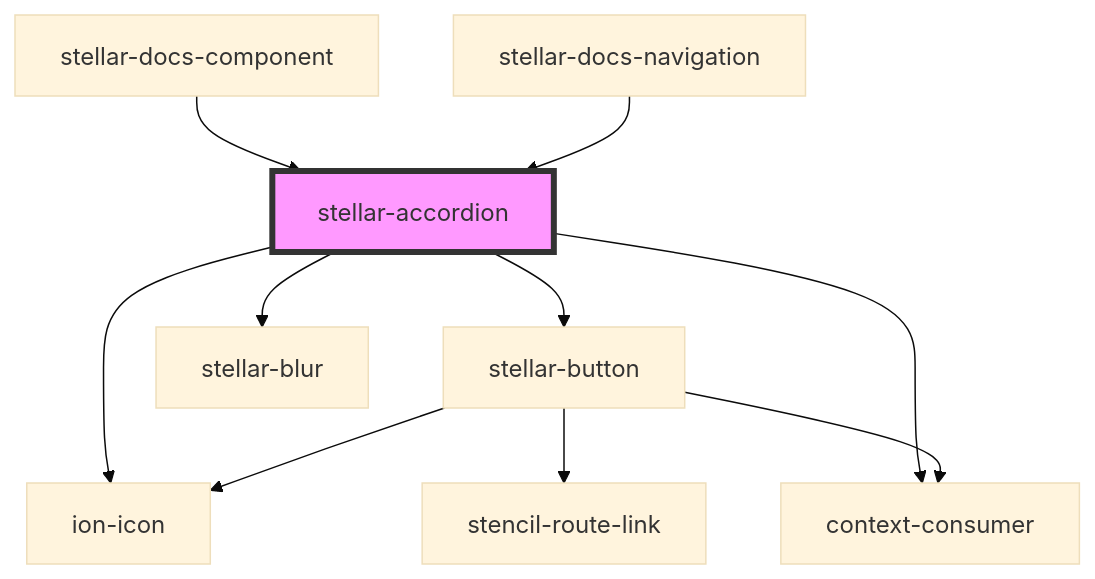
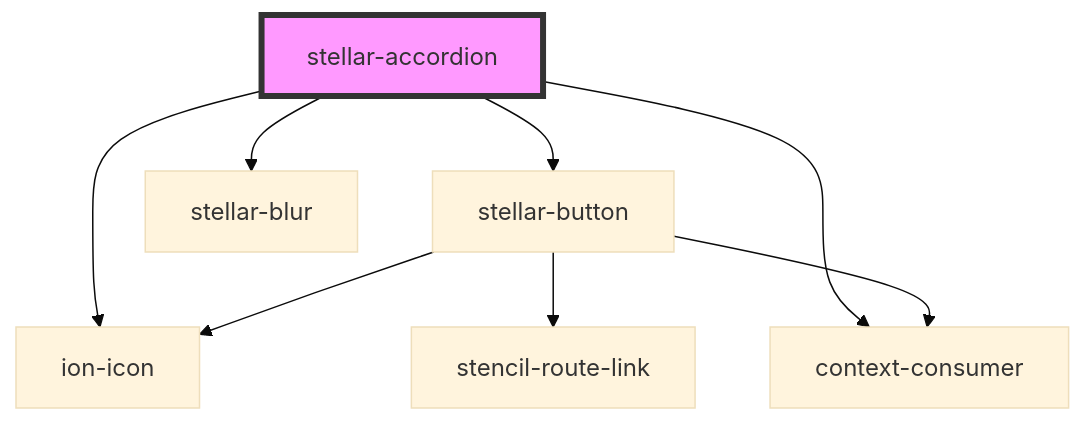
One commit to splitinfinities/Stellar changed the diagram in src/components/ui/accordion/readme.md. Above: the diagram before and after it, drawn with Mermaid (base theme). The commit also changed other lines of this file and 58 other files, not shown here.

````diff
--- a/src/components/ui/accordion/readme.md
+++ b/src/components/ui/accordion/readme.md
@@ -59,13 +54,11 @@
 ```mermaid
 graph TD;
   stellar-accordion --> stellar-button
   stellar-accordion --> ion-icon
   stellar-accordion --> stellar-blur
   stellar-accordion --> context-consumer
   stellar-button --> ion-icon
   stellar-button --> stencil-route-link
   stellar-button --> context-consumer
-  stellar-docs-component --> stellar-accordion
-  stellar-docs-navigation --> stellar-accordion
   style stellar-accordion fill:#f9f,stroke:#333,stroke-width:4px
 ```
````
